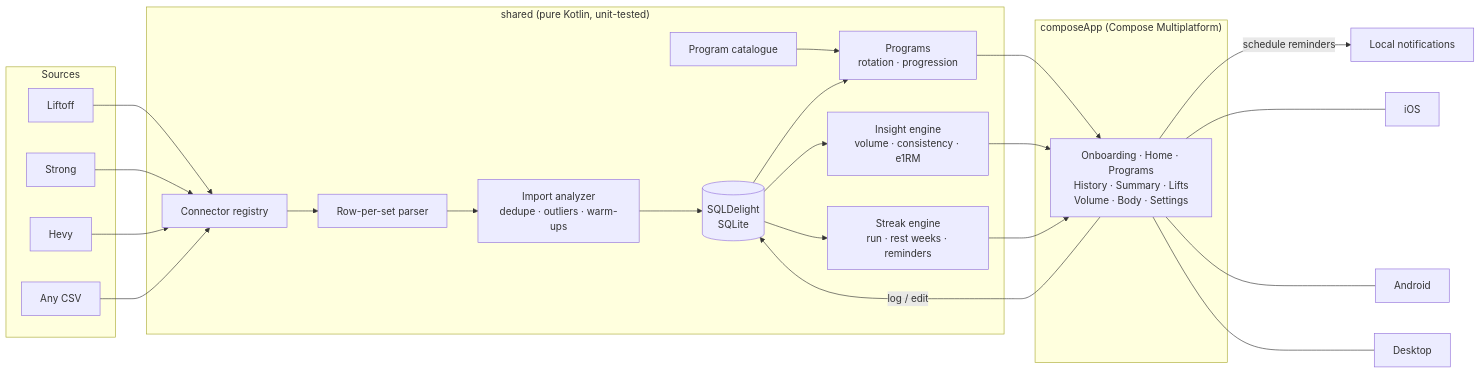
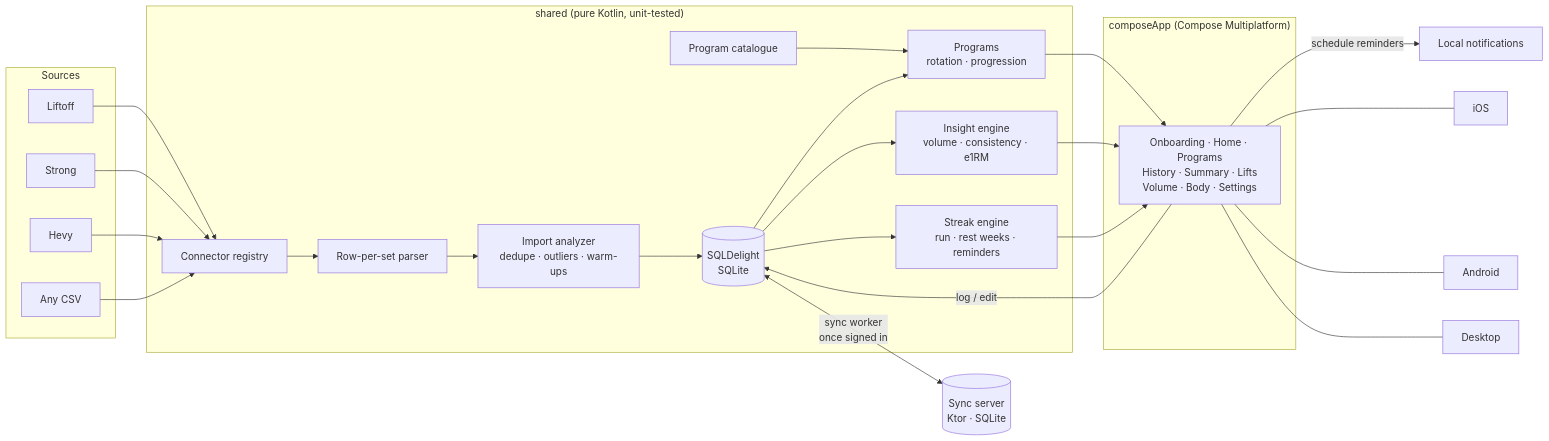
One commit to gerra/gains changed the diagram in README.md. Above: the diagram before and after it, drawn with Mermaid. The commit also changed other lines of this file and 4 other files, not shown here.

````diff
--- a/README.md
+++ b/README.md
@@ -446,28 +467,29 @@
 ```mermaid
 flowchart LR
   subgraph Sources
     L[Liftoff]
     S[Strong]
     H[Hevy]
     C[Any CSV]
   end
   subgraph shared["shared (pure Kotlin, unit-tested)"]
     R[Connector registry] --> P[Row-per-set parser]
     P --> A[Import analyzer<br/>dedupe · outliers · warm-ups]
     A --> DB[(SQLDelight<br/>SQLite)]
     DB --> E[Insight engine<br/>volume · consistency · e1RM]
     DB --> ST[Streak engine<br/>run · rest weeks · reminders]
     PC[Program catalogue] --> PR[Programs<br/>rotation · progression]
     DB --> PR
   end
   subgraph composeApp["composeApp (Compose Multiplatform)"]
     UI[Onboarding · Home · Programs<br/>History · Summary · Lifts<br/>Volume · Body · Settings]
   end
   PR --> UI
   L & S & H & C --> R
   E --> UI
   ST --> UI
   UI -->|schedule reminders| N[Local notifications]
   UI -->|log / edit| DB
   UI --- iOS & Android & Desktop
+  DB <-->|sync worker<br/>once signed in| SV[(Sync server<br/>Ktor · SQLite)]
 ```
````
